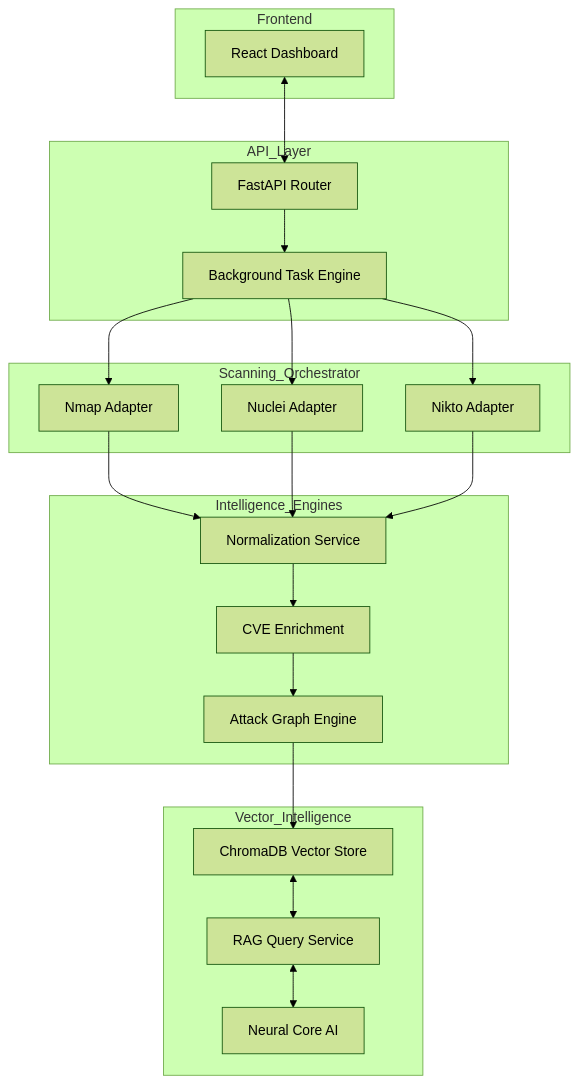
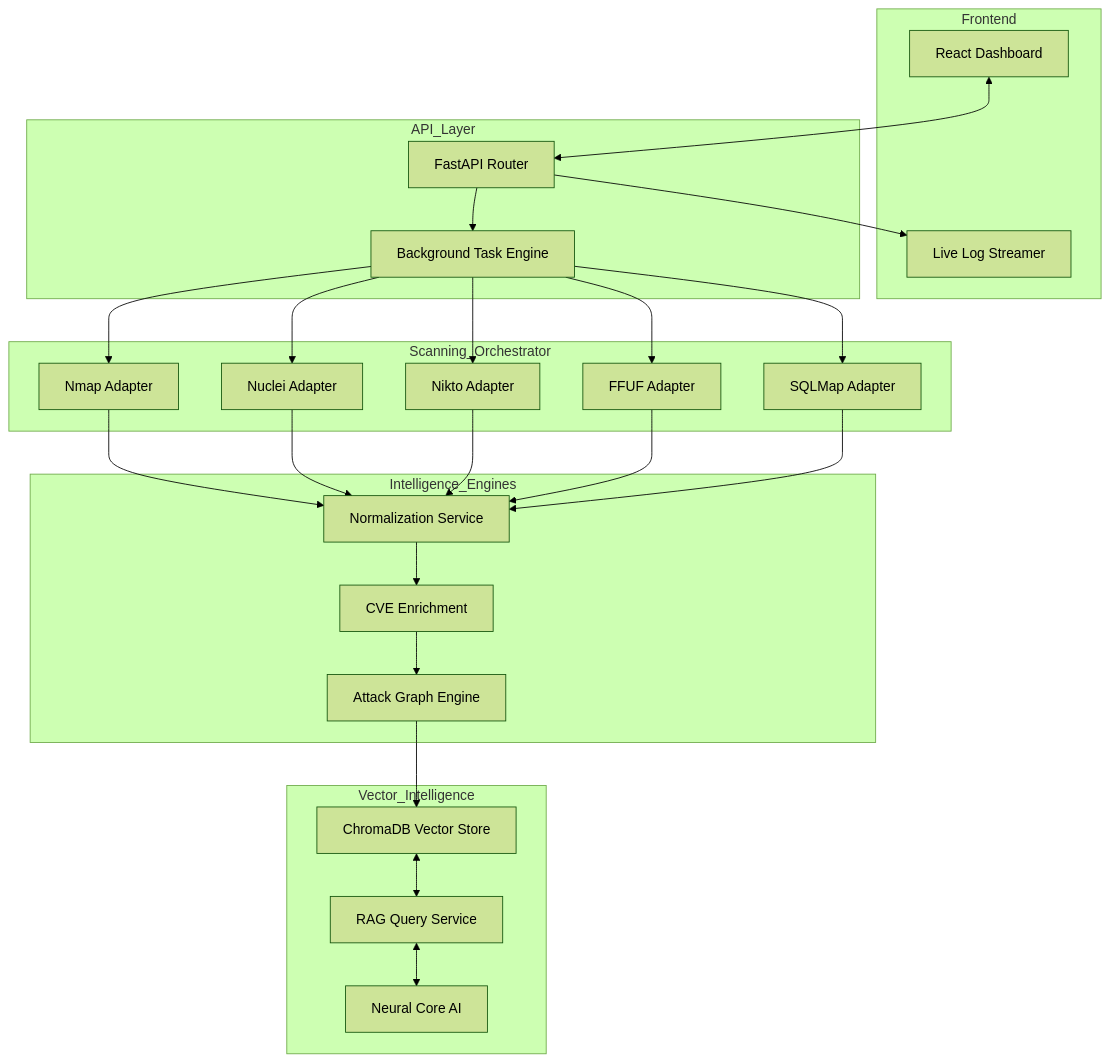
The diagram in README.md (Dharanish-AM/VulnSight), drawn with Mermaid (forest theme) before and after one commit. The commit also changed other lines of this file and 9 other files, not shown here.

````diff
--- a/README.md
+++ b/README.md
@@ -20,39 +29,43 @@
 ```mermaid
 graph TD
     subgraph Frontend
         UI[React Dashboard]
+        SSE[Live Log Streamer]
     end
 
     subgraph API_Layer
         API[FastAPI Router]
         BT[Background Task Engine]
     end
 
     subgraph Scanning_Orchestrator
         AD1[Nmap Adapter]
         AD2[Nuclei Adapter]
         AD3[Nikto Adapter]
+        AD4[FFUF Adapter]
+        AD5[SQLMap Adapter]
     end
 
     subgraph Intelligence_Engines
         NORM[Normalization Service]
         ENR[CVE Enrichment]
         AGE[Attack Graph Engine]
     end
 
     subgraph Vector_Intelligence
         VAULT[ChromaDB Vector Store]
         RAG[RAG Query Service]
         LLM[Neural Core AI]
     end
 
     UI <--> API
+    API --> SSE
     API --> BT
-    BT --> AD1 & AD2 & AD3
-    AD1 & AD2 & AD3 --> NORM
+    BT --> AD1 & AD2 & AD3 & AD4 & AD5
+    AD1 & AD2 & AD3 & AD4 & AD5 --> NORM
     NORM --> ENR
     ENR --> AGE
     AGE --> VAULT
     VAULT <--> RAG
     RAG <--> LLM
 ```
````
